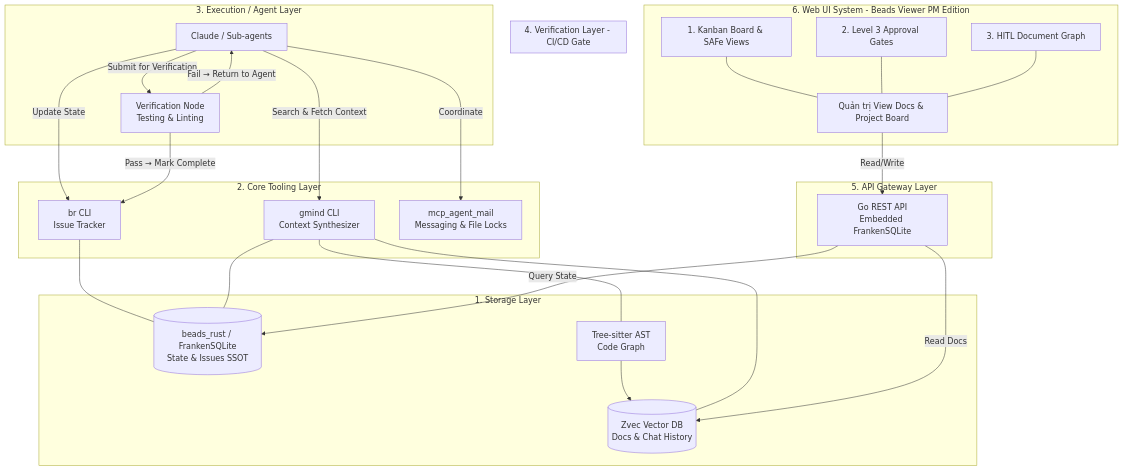
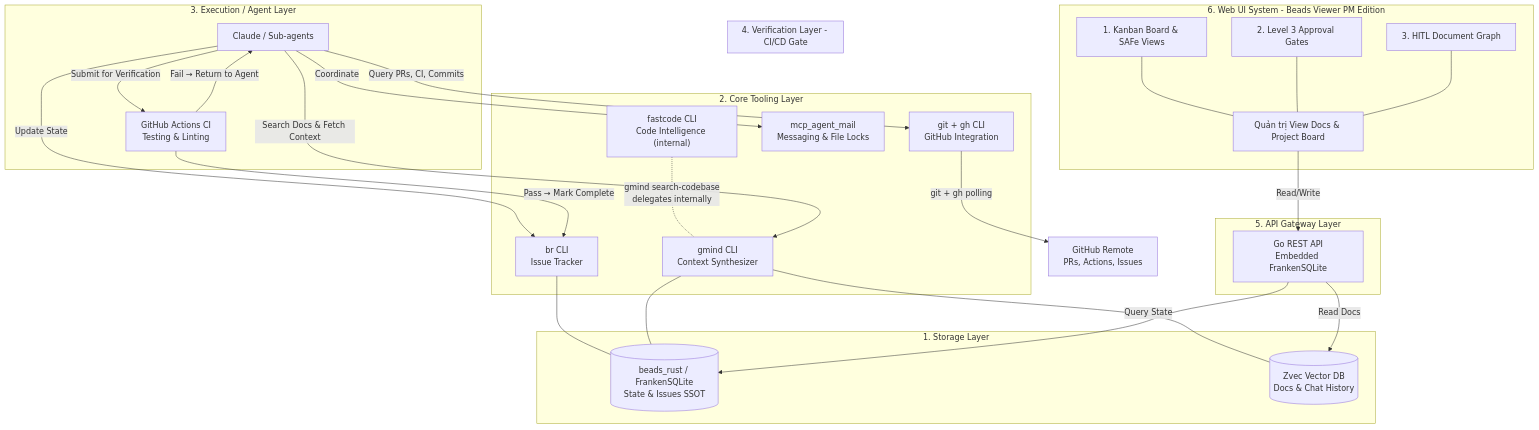
One commit to duyhunghd6/gmind changed the diagram in docs/PRDs/PRD-01-Overview.md. Above: the diagram before and after it, drawn with Mermaid. The commit also changed other lines of this file and 11 other files, not shown here.

First line of the commit message:
docs: redraw all spike diagrams as ASCII-safe format

````diff
--- a/docs/PRDs/PRD-01-Overview.md
+++ b/docs/PRDs/PRD-01-Overview.md
@@ -16,44 +16,46 @@
 ```mermaid
 graph TD
     subgraph StorageLayer["1. Storage Layer"]
         BR[("beads_rust / FrankenSQLite<br/>State & Issues SSOT")]
         Zvec[("Zvec Vector DB<br/>Docs & Chat History")]
-        AST["Tree-sitter AST<br/>Code Graph"] --> Zvec
     end
 
     subgraph ToolingLayer["2. Core Tooling Layer"]
         Beads["br CLI<br/>Issue Tracker"] --- BR
         Gmind["gmind CLI<br/>Context Synthesizer"] --- Zvec
         Gmind --- BR
-        Gmind --- AST
+        FastCode["fastcode CLI<br/>Code Intelligence (internal)"] -.-|"gmind search-codebase<br/>delegates internally"| Gmind
         Mail["mcp_agent_mail<br/>Messaging & File Locks"]
+        GH["git + gh CLI<br/>GitHub Integration"]
     end
 
     subgraph ExecutionLayer["3. Execution / Agent Layer"]
-        Claude["Claude / Sub-agents"] -->|"Search & Fetch Context"| Gmind
+        Claude["Claude / Sub-agents"] -->|"Search Docs & Fetch Context"| Gmind
         Claude -->|"Update State"| Beads
         Claude -->|"Coordinate"| Mail
         Claude -->|"Submit for Verification"| Verify
+        Claude -->|"Query PRs, CI, Commits"| GH
     end
 
     subgraph VerificationLayer["4. Verification Layer - CI/CD Gate"]
-        Verify["Verification Node<br/>Testing & Linting"]
+        Verify["GitHub Actions CI<br/>Testing & Linting"]
         Verify -->|"Pass → Mark Complete"| Beads
         Verify -->|"Fail → Return to Agent"| Claude
     end
 
     subgraph GatewayLayer["5. API Gateway Layer"]
         GW["Go REST API<br/>Embedded FrankenSQLite"]
     end
 
     subgraph PresentationLayer["6. Web UI System - Beads Viewer PM Edition"]
         WebUI["Quản trị View Docs & Project Board"]
         Dashboard["1. Kanban Board & SAFe Views"] --- WebUI
         GateUI["2. Level 3 Approval Gates"] --- WebUI
         HitlGraph["3. HITL Document Graph"] --- WebUI
     end
 
+    GH -->|"git + gh polling"| GitHub["GitHub Remote<br/>PRs, Actions, Issues"]
     WebUI -->|"Read/Write"| GW
     GW -->|"Query State"| BR
     GW -->|"Read Docs"| Zvec
 ```
````
